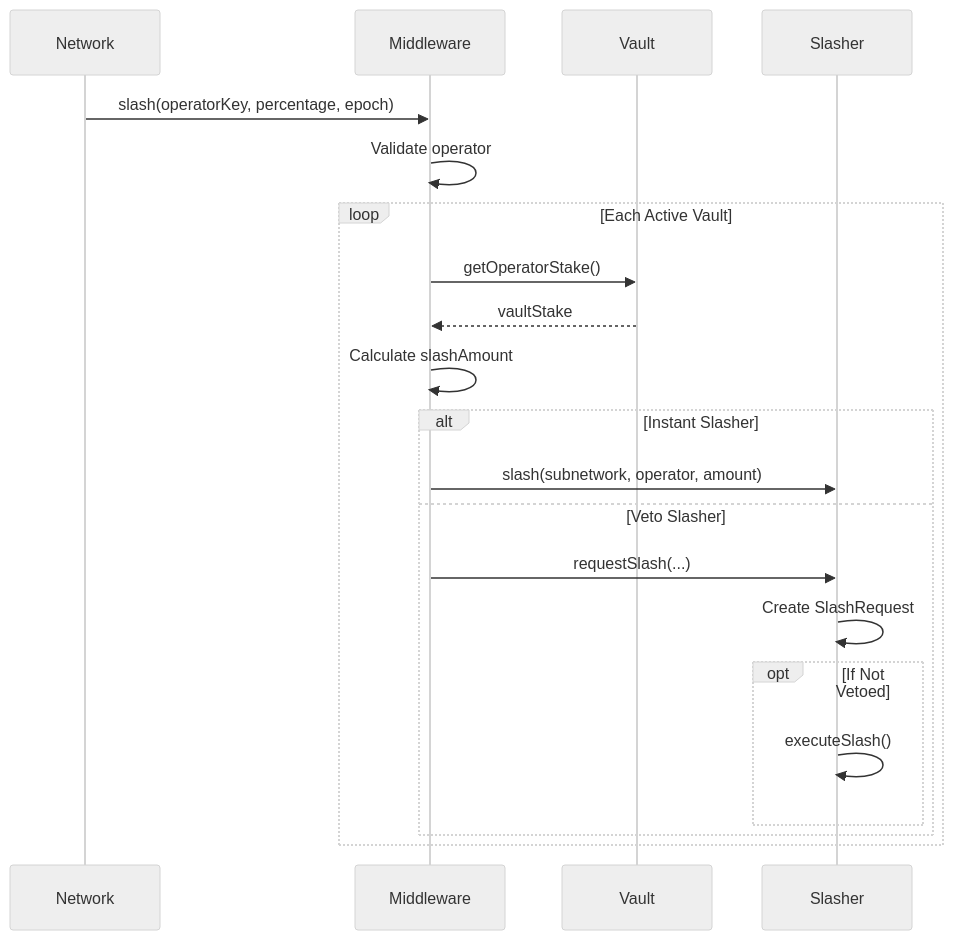
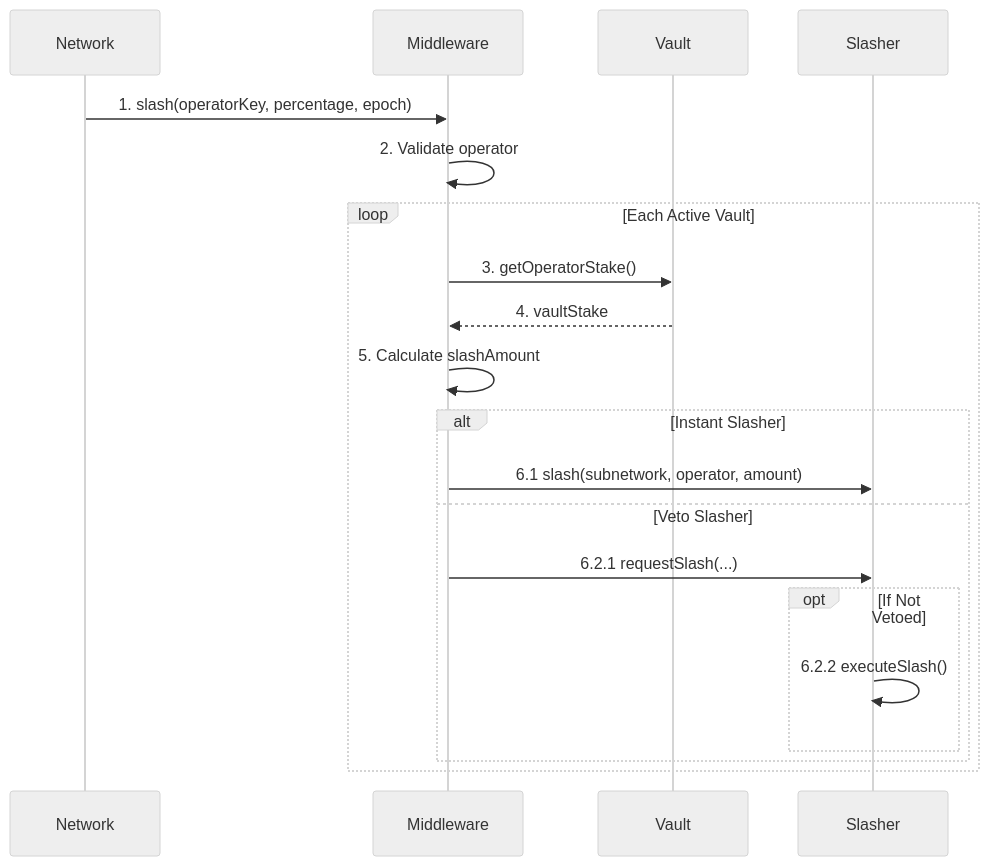
One commit to moondance-labs/tanssi-docs changed the fifth of 5 diagrams in learn/tanssi/external-security-providers/symbiotic.md. Above: the diagram before and after it, drawn with Mermaid (neutral theme). The commit also changed other lines of this file, not shown here.

````diff
--- a/learn/tanssi/external-security-providers/symbiotic.md
+++ b/learn/tanssi/external-security-providers/symbiotic.md
@@ -185,24 +204,23 @@
 ```mermaid
 sequenceDiagram
     participant Network
     participant Middleware
     participant Vault
     participant Slasher
     
-    Network->>Middleware: slash(operatorKey, percentage, epoch)
-    Middleware->>Middleware: Validate operator
+    Network->>Middleware: 1. slash(operatorKey, percentage, epoch)
+    Middleware->>Middleware: 2. Validate operator
     loop Each Active Vault
-        Middleware->>Vault: getOperatorStake()
-        Vault-->>Middleware: vaultStake
-        Middleware->>Middleware: Calculate slashAmount
+        Middleware->>Vault: 3. getOperatorStake()
+        Vault-->>Middleware: 4. vaultStake
+        Middleware->>Middleware: 5. Calculate slashAmount
         alt Instant Slasher
-            Middleware->>Slasher: slash(subnetwork, operator, amount)
+            Middleware->>Slasher: 6.1 slash(subnetwork, operator, amount)
         else Veto Slasher
-            Middleware->>Slasher: requestSlash(...)
-            Slasher->>Slasher: Create SlashRequest
+            Middleware->>Slasher: 6.2.1 requestSlash(...)
             opt If Not Vetoed
-                Slasher->>Slasher: executeSlash()
+                Slasher->>Slasher: 6.2.2 executeSlash()
             end
         end
     end
 ```
````
